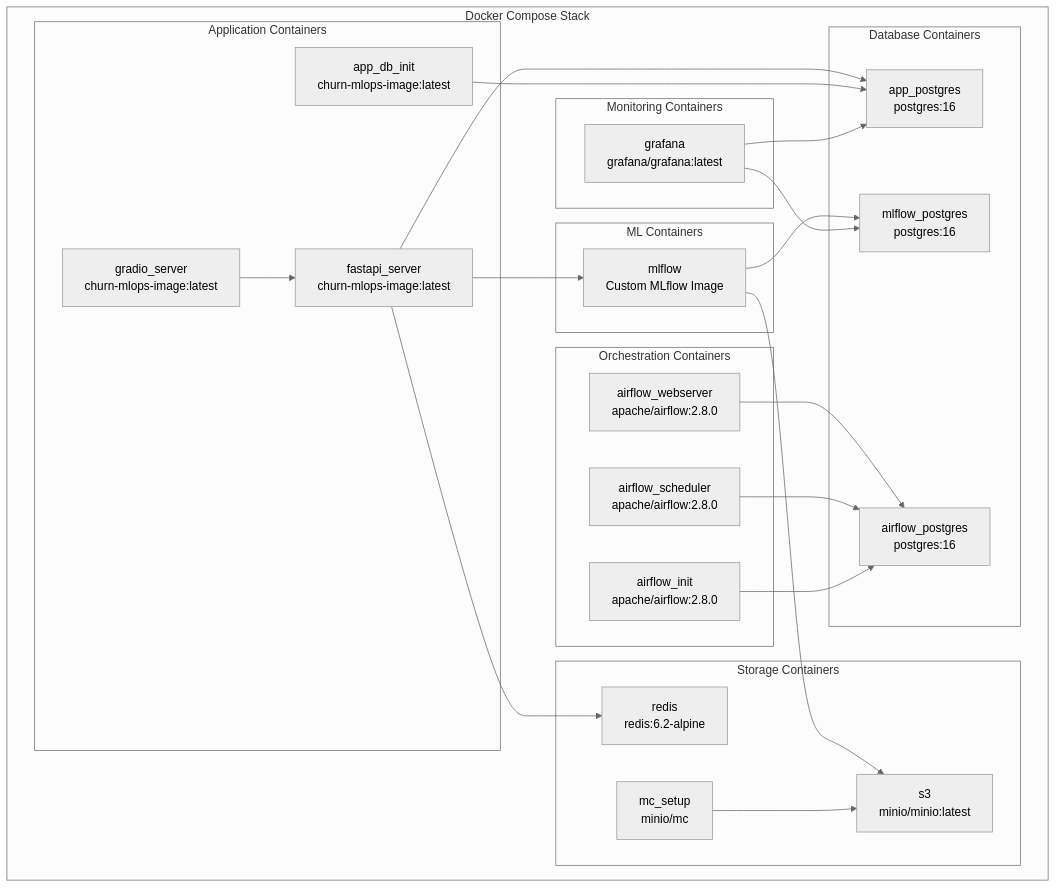
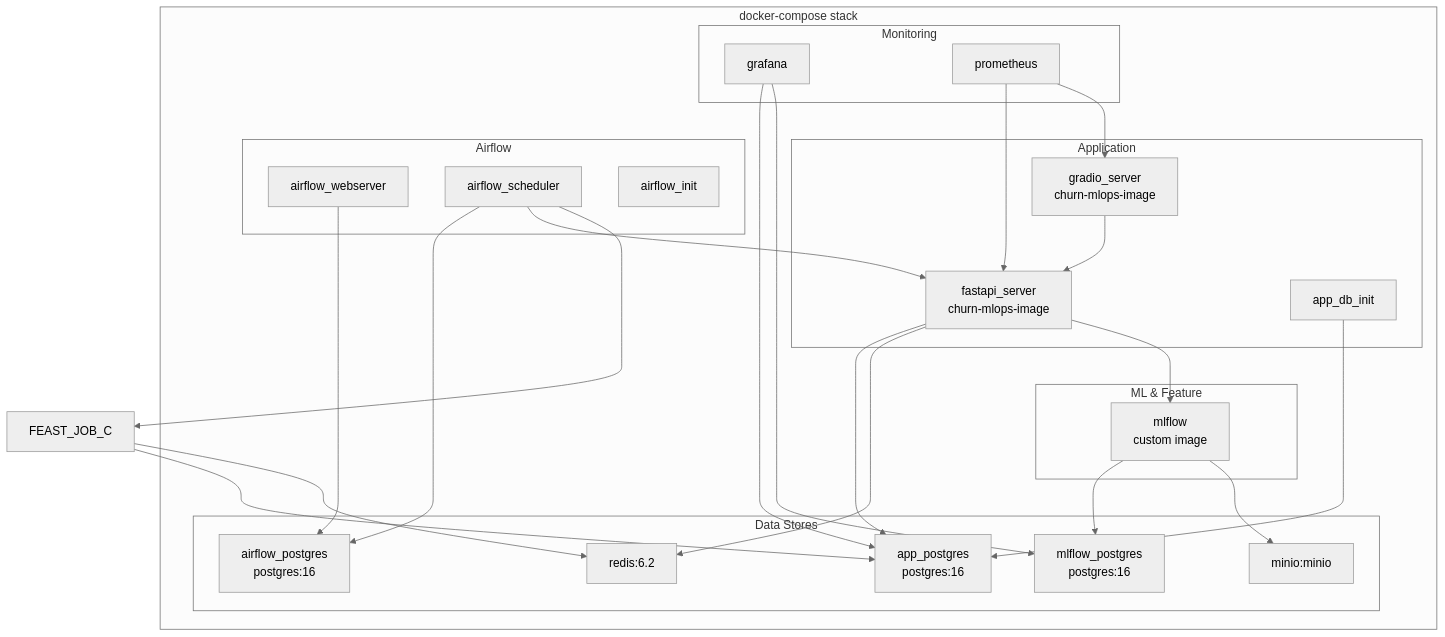
Before and after one commit to ssabrut/customer-churn-mlops: the seventh of 7 diagrams in ARCHITECTURE.md, drawn with Mermaid (neutral theme). The commit also changed other lines of this file and 5 other files, not shown here.

````diff
--- a/ARCHITECTURE.md
+++ b/ARCHITECTURE.md
@@ -321,50 +331,51 @@
 ```mermaid
 graph TB
-    subgraph "Docker Compose Stack"
-        subgraph "Application Containers"
-            C1[fastapi_server<br/>churn-mlops-image:latest]
-            C2[gradio_server<br/>churn-mlops-image:latest]
-            C3[app_db_init<br/>churn-mlops-image:latest]
+    subgraph "docker-compose stack"
+        subgraph "Application"
+            FASTAPI_C[fastapi_server<br/>churn-mlops-image]
+            GRADIO_C[gradio_server<br/>churn-mlops-image]
+            ENTRYPOINT_C[app_db_init]
         end
-        
-        subgraph "ML Containers"
-            C4[mlflow<br/>Custom MLflow Image]
+
+        subgraph "ML & Feature"
+            MLFLOW_C[mlflow<br/>custom image]
         end
-        
-        subgraph "Orchestration Containers"
-            C5[airflow_webserver<br/>apache/airflow:2.8.0]
-            C6[airflow_scheduler<br/>apache/airflow:2.8.0]
-            C7[airflow_init<br/>apache/airflow:2.8.0]
+
+        subgraph "Airflow"
+            AF_WS_C[airflow_webserver]
+            AF_SCHED_C[airflow_scheduler]
+            AF_INIT_C[airflow_init]
         end
-        
-        subgraph "Database Containers"
-            C8[app_postgres<br/>postgres:16]
-            C9[mlflow_postgres<br/>postgres:16]
-            C10[airflow_postgres<br/>postgres:16]
+
+        subgraph "Data Stores"
+            APP_PG_C[app_postgres<br/>postgres:16]
+            MLFLOW_PG_C[mlflow_postgres<br/>postgres:16]
+            AIRFLOW_PG_C[airflow_postgres<br/>postgres:16]
+            REDIS_C[redis:6.2]
+            MINIO_C[minio:minio]
         end
-        
-        subgraph "Storage Containers"
-            C11[s3<br/>minio/minio:latest]
-            C12[mc_setup<br/>minio/mc]
-            C13[redis<br/>redis:6.2-alpine]
-        end
-        
-        subgraph "Monitoring Containers"
-            C14[grafana<br/>grafana/grafana:latest]
+
+        subgraph "Monitoring"
+            GRAFANA_C[grafana]
+            PROM_C[prometheus]
         end
     end
-    
-    C1 --> C8
-    C1 --> C4
-    C1 --> C13
-    C2 --> C1
-    C3 --> C8
-    C4 --> C9
-    C4 --> C11
-    C5 --> C10
-    C6 --> C10
-    C7 --> C10
-    C12 --> C11
-    C14 --> C8
-    C14 --> C9
+
+    FASTAPI_C --> APP_PG_C
+    FASTAPI_C --> REDIS_C
+    FASTAPI_C --> MLFLOW_C
+    GRADIO_C --> FASTAPI_C
+    ENTRYPOINT_C --> APP_PG_C
+    MLFLOW_C --> MLFLOW_PG_C
+    MLFLOW_C --> MINIO_C
+    AF_WS_C --> AIRFLOW_PG_C
+    AF_SCHED_C --> AIRFLOW_PG_C
+    AF_SCHED_C --> FASTAPI_C
+    AF_SCHED_C --> FEAST_JOB_C
+    FEAST_JOB_C --> APP_PG_C
+    FEAST_JOB_C --> REDIS_C
+    GRAFANA_C --> APP_PG_C
+    GRAFANA_C --> MLFLOW_PG_C
+    PROM_C --> FASTAPI_C
+    PROM_C --> GRADIO_C
 ```
````
